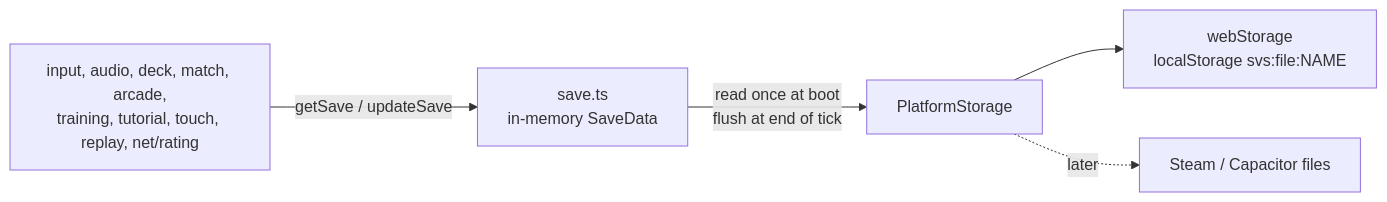
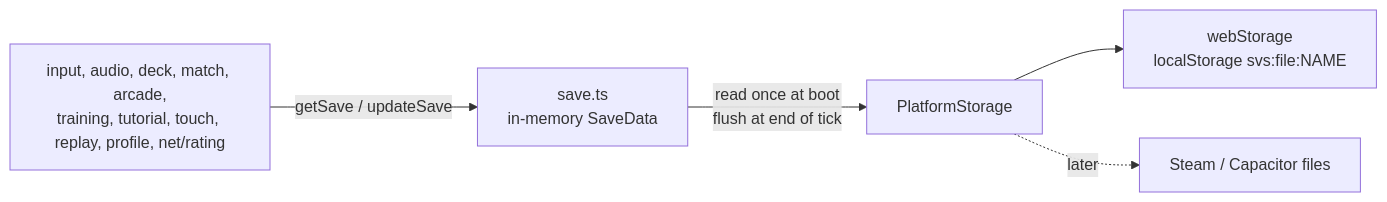
Before and after one commit to WesleyT4N/spell-vs-steel: diagram 17 of 19 in docs/ARCHITECTURE.md, drawn with Mermaid. The commit also changed other lines of this file and 10 other files, not shown here.

First line of the commit message:
Player profile with replays inside, and slow-mo replay controls

````diff
--- a/docs/ARCHITECTURE.md
+++ b/docs/ARCHITECTURE.md
@@ -400,7 +401,7 @@
 ```mermaid
 flowchart LR
-  callers["input, audio, deck, match, arcade,<br/>training, tutorial, touch, replay, net/rating"] -->|getSave / updateSave| S["save.ts<br/>in-memory SaveData"]
+  callers["input, audio, deck, match, arcade,<br/>training, tutorial, touch, replay, profile, net/rating"] -->|getSave / updateSave| S["save.ts<br/>in-memory SaveData"]
   S -->|read once at boot<br/>flush at end of tick| P[PlatformStorage]
   P --> web["webStorage<br/>localStorage svs:file:NAME"]
   P -.later.-> native[Steam / Capacitor files]
 ```
````
